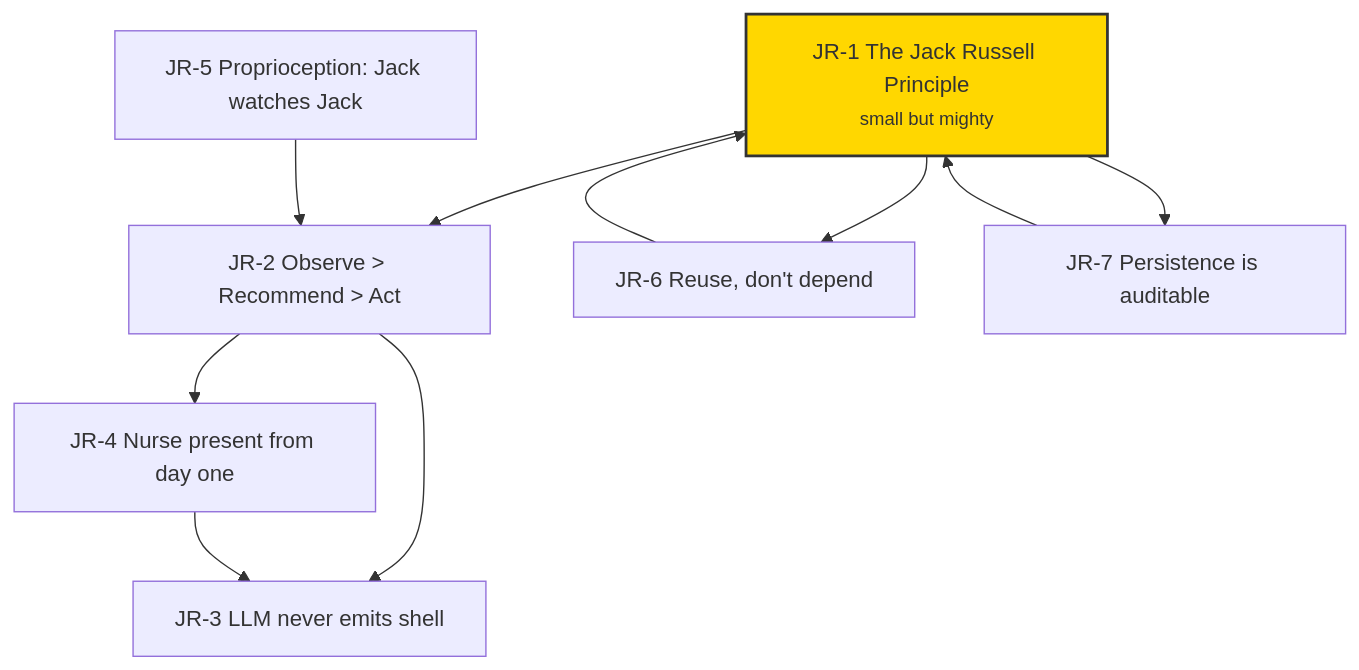
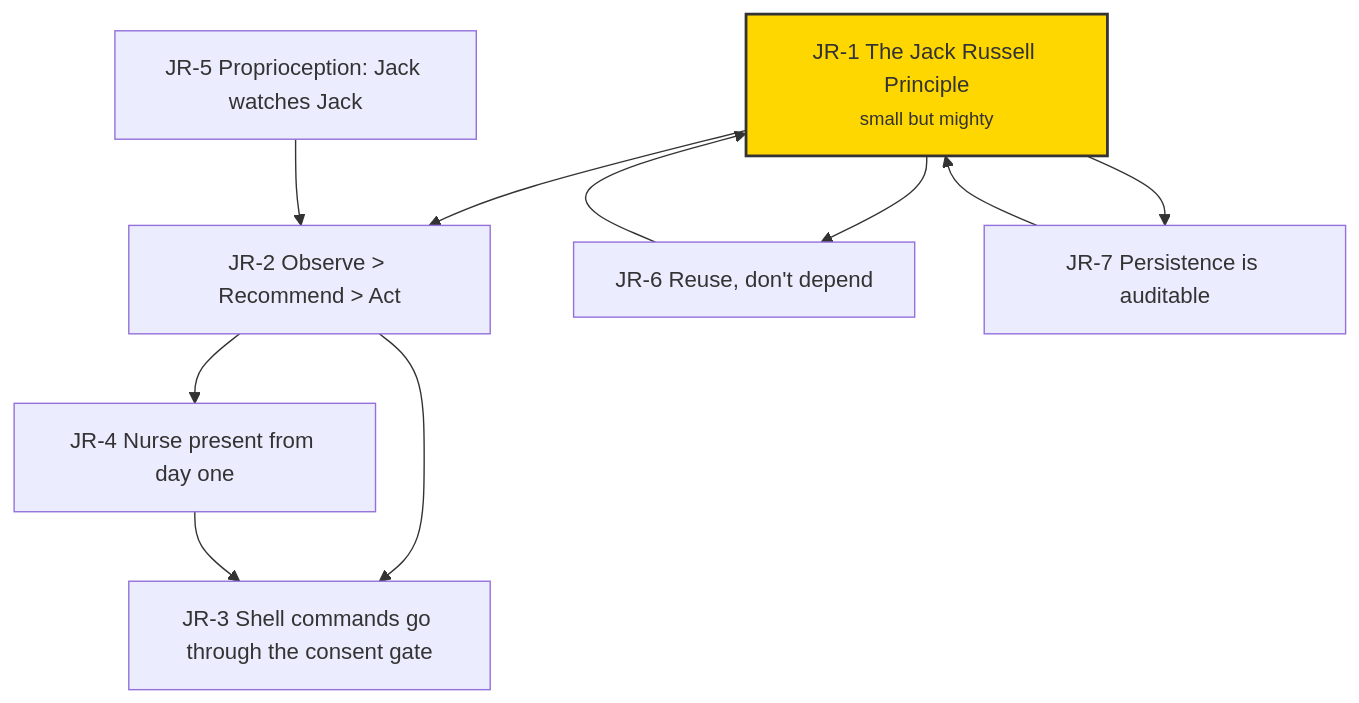
Before and after one commit to mdz-axo/russell: the diagram in fork-docs/architecture/PRINCIPLES.md, drawn with Mermaid. The commit also changed 11 other files, not shown here.

````diff
--- a/fork-docs/architecture/PRINCIPLES.md
+++ b/fork-docs/architecture/PRINCIPLES.md
@@ -133,23 +133,23 @@
 ```mermaid
 flowchart TB
     JR1[JR-1 The Jack Russell Principle<br/><small>small but mighty</small>]
     JR2[JR-2 Observe &gt; Recommend &gt; Act]
-    JR3[JR-3 LLM never emits shell]
+    JR3[JR-3 Shell commands go through the consent gate]
     JR4[JR-4 Nurse present from day one]
     JR5[JR-5 Proprioception: Jack watches Jack]
     JR6[JR-6 Reuse, don't depend]
     JR7[JR-7 Persistence is auditable]
 
     JR1 --> JR2
     JR1 --> JR6
     JR1 --> JR7
     JR2 --> JR3
     JR2 --> JR4
     JR4 --> JR3
     JR5 --> JR2
     JR6 --> JR1
     JR7 --> JR1
 
     classDef root fill:#FFD700,stroke:#333,stroke-width:2px
     class JR1 root
 ```
````
